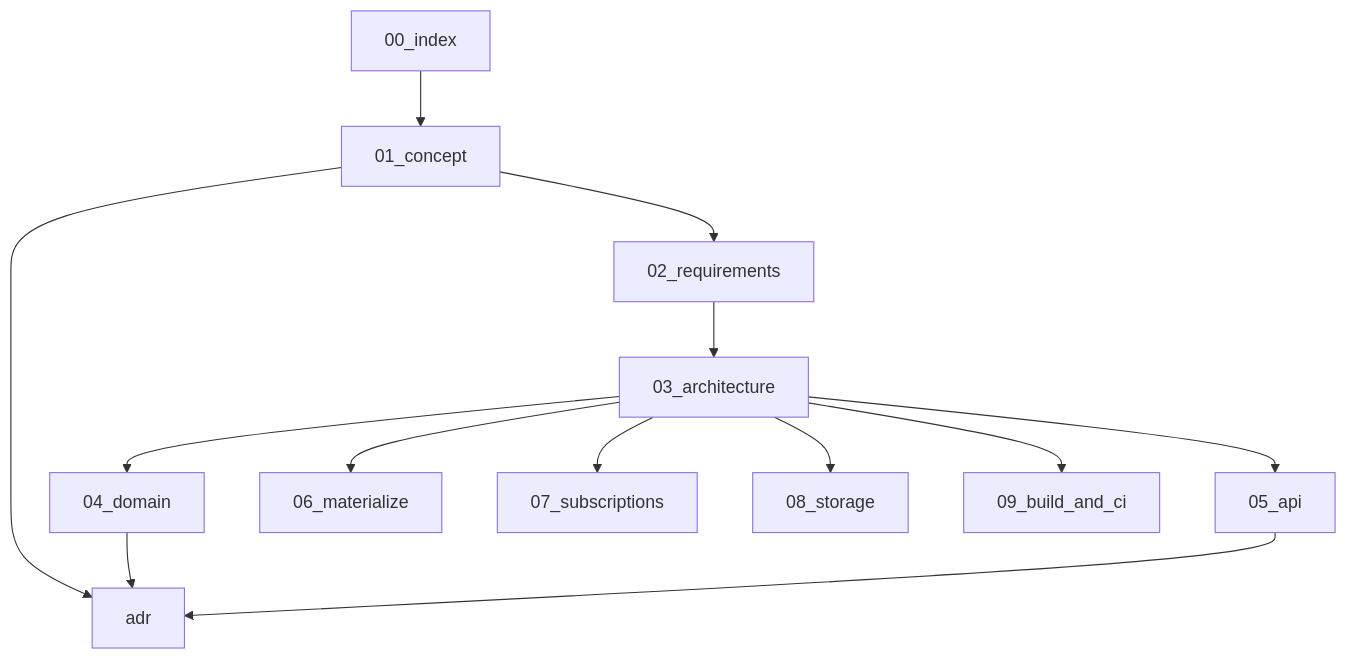
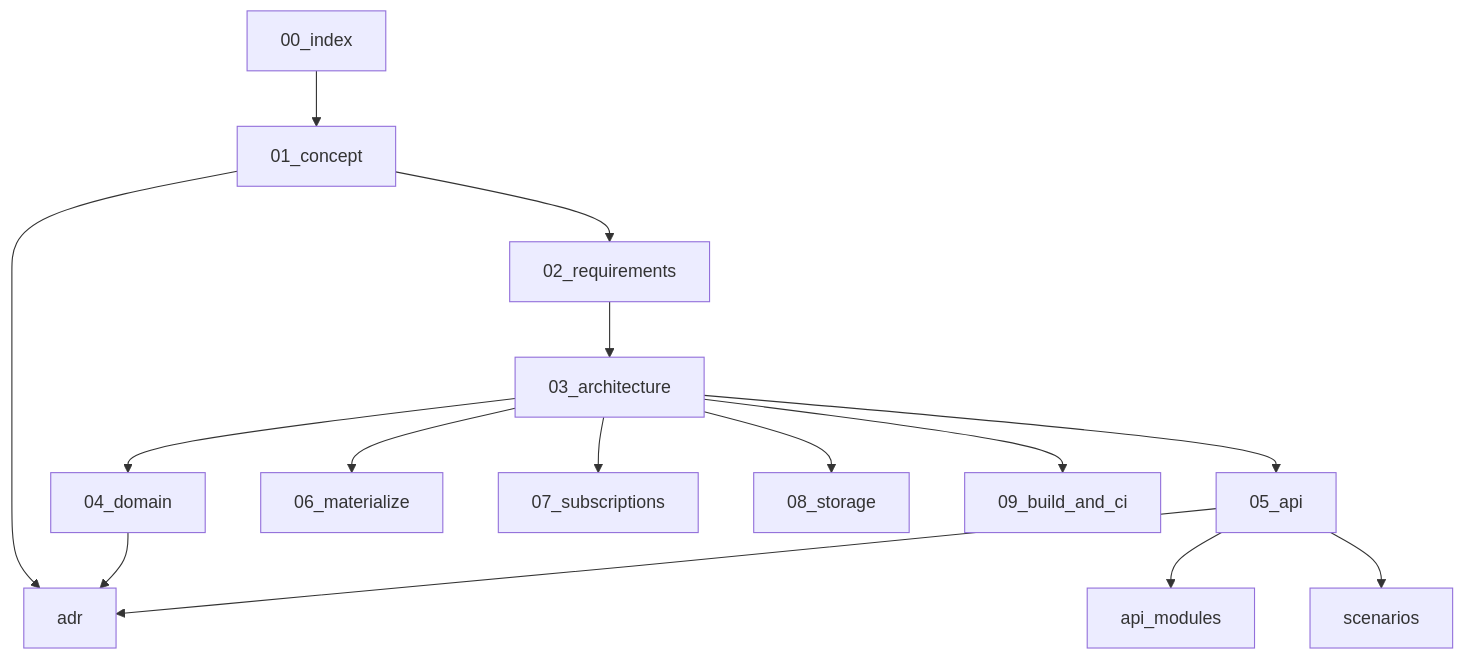
One commit to ne-tort/sing-box-subserver changed the diagram in docs/controlplane/00-index.md. Above: the diagram before and after it, drawn with Mermaid. The commit also changed other lines of this file and 52 other files, not shown here.

````diff
--- a/docs/controlplane/00-index.md
+++ b/docs/controlplane/00-index.md
@@ -13,24 +13,28 @@
 ```mermaid
 flowchart TD
   idx[00_index]
   concept[01_concept]
   req[02_requirements]
   arch[03_architecture]
   domain[04_domain]
   api[05_api]
+  apiMod[api_modules]
+  scenarios[scenarios]
   mat[06_materialize]
   sub[07_subscriptions]
   store[08_storage]
   build[09_build_and_ci]
   adr[adr]
   idx --> concept --> req --> arch
   arch --> domain
   arch --> api
+  api --> apiMod
+  api --> scenarios
   arch --> mat
   arch --> sub
   arch --> store
   arch --> build
   concept --> adr
   domain --> adr
   api --> adr
 ```
````
